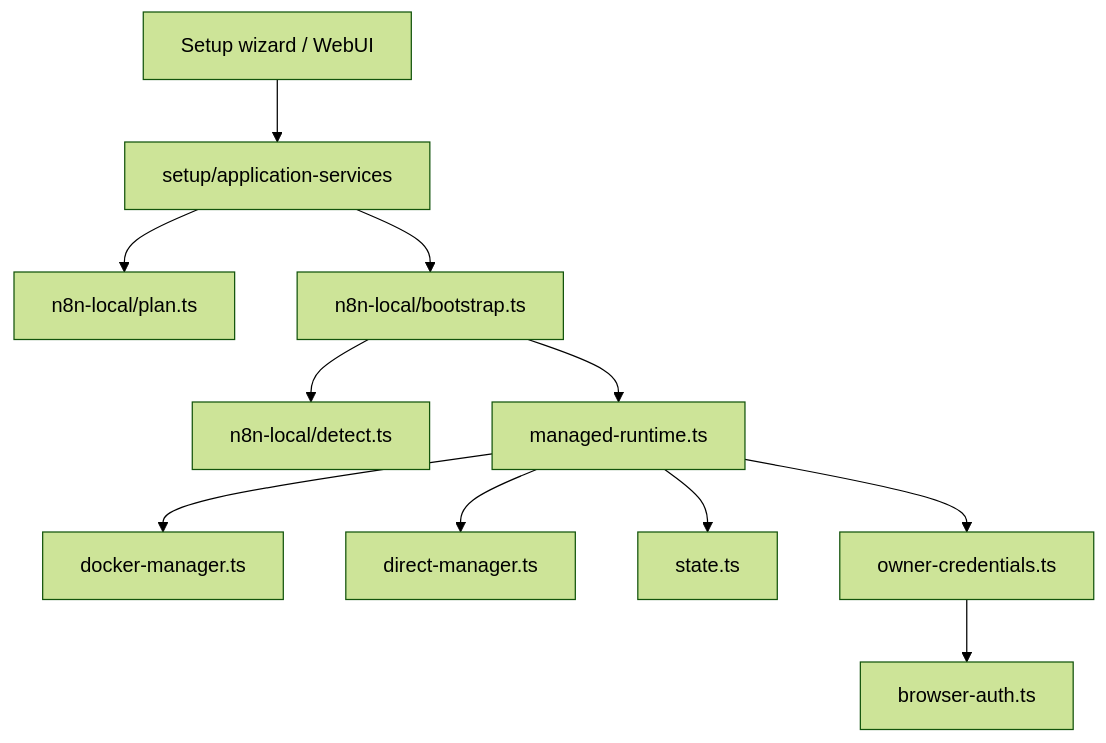
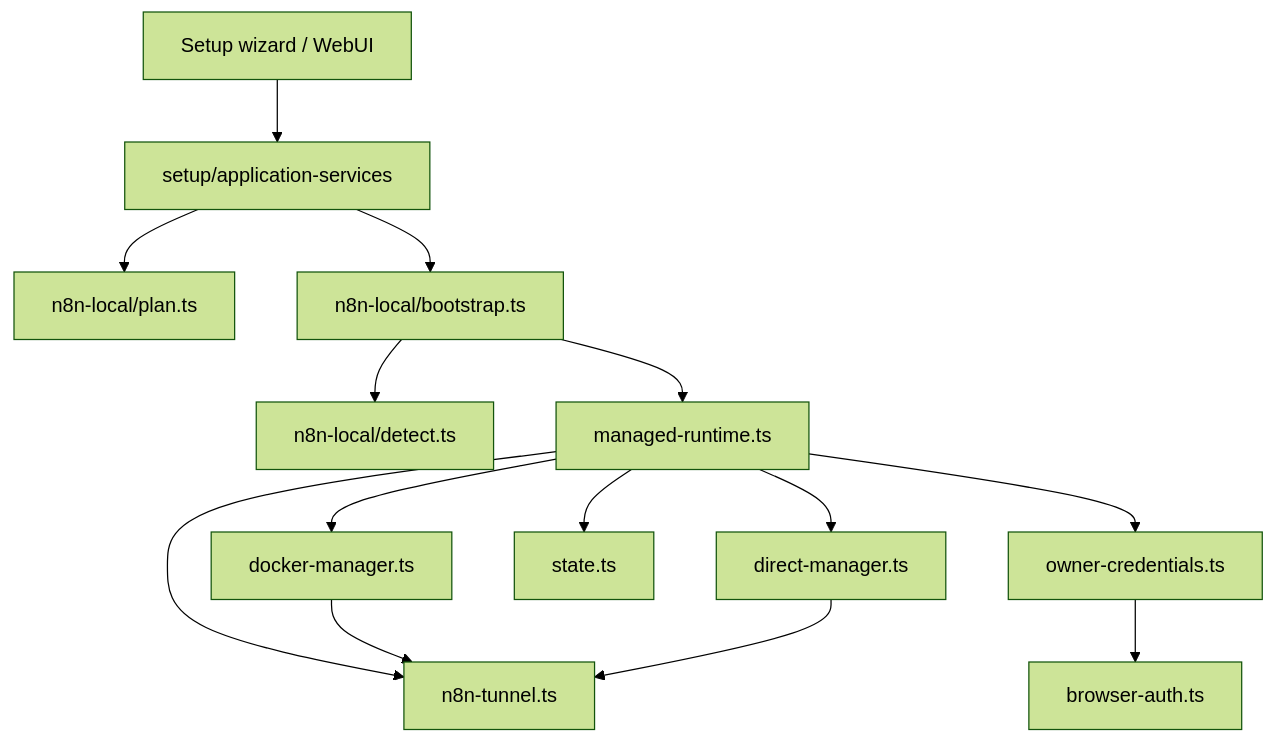
The first of 2 diagrams in architecture/current/n8n-local.md (EtienneLescot/yagr), drawn with Mermaid (forest theme) before and after one commit. The commit also changed other lines of this file and 8 other files, not shown here.

Commit message:
refactor: update architecture documentation for Cloudflare Tunnel integration and cleanup

````diff
--- a/architecture/current/n8n-local.md
+++ b/architecture/current/n8n-local.md
@@ -32,13 +33,16 @@
 ```mermaid
 flowchart TD
     UI[Setup wizard / WebUI] --> APP[setup/application-services]
     APP --> PLAN[n8n-local/plan.ts]
     APP --> BOOT[n8n-local/bootstrap.ts]
     BOOT --> DET[n8n-local/detect.ts]
     BOOT --> MGR[managed-runtime.ts]
     MGR --> DOCKER[docker-manager.ts]
     MGR --> DIRECT[direct-manager.ts]
     MGR --> STATE[state.ts]
     MGR --> CREDS[owner-credentials.ts]
     CREDS --> AUTH[browser-auth.ts]
+    MGR --> TUNNEL[n8n-tunnel.ts]
+    DOCKER --> TUNNEL
+    DIRECT --> TUNNEL
 ```
````
